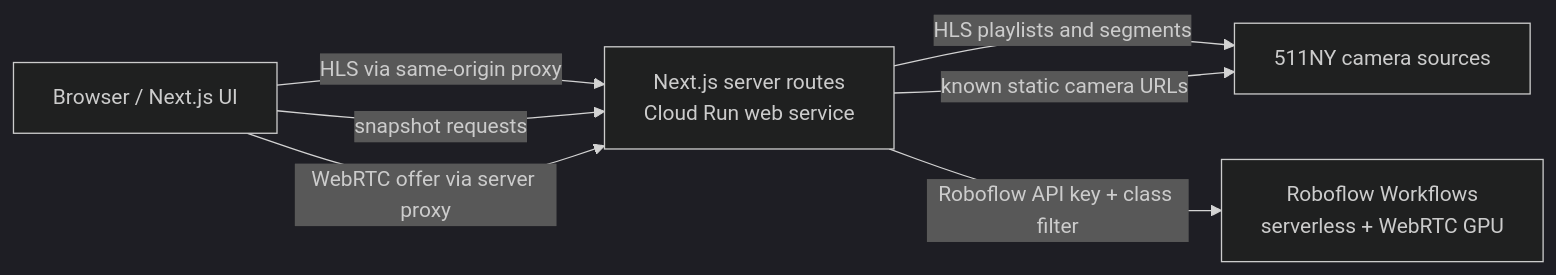
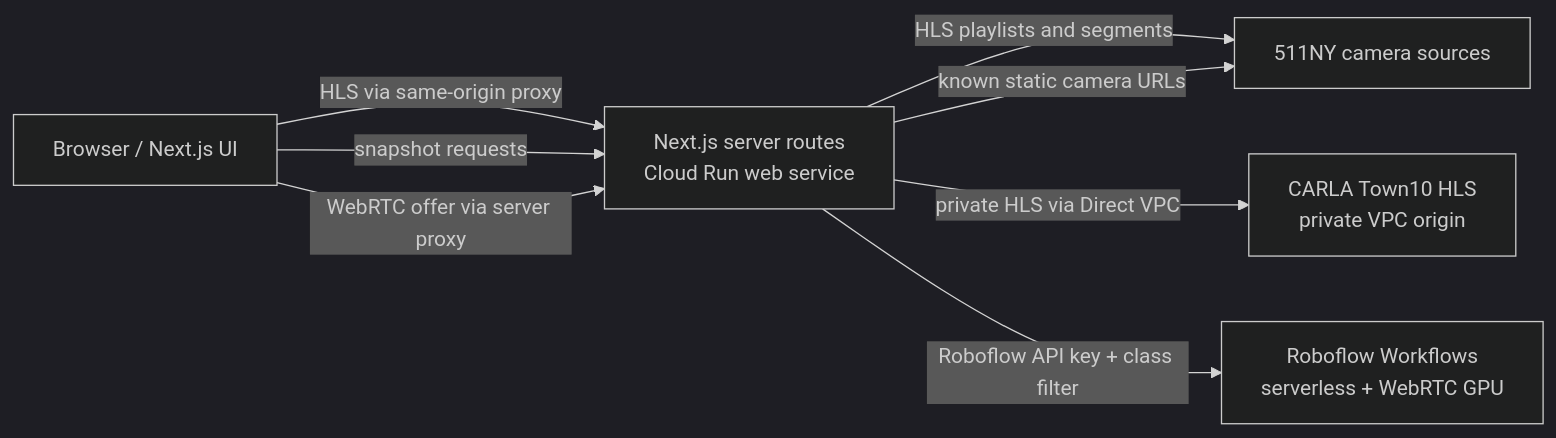
The first of 2 diagrams in docs/architecture.md (vinceallenvince/xwalk-keyboards), drawn with Mermaid (dark theme) before and after one commit. The commit also changed other lines of this file and 25 other files, not shown here.

````diff
--- a/docs/architecture.md
+++ b/docs/architecture.md
@@ -73,14 +74,16 @@
 ```mermaid
 flowchart LR
   Browser["Browser / Next.js UI"]
   App["Next.js server routes\nCloud Run web service"]
   NY["511NY camera sources"]
+  CARLA["CARLA Town10 HLS\nprivate VPC origin"]
   RF["Roboflow Workflows\nserverless + WebRTC GPU"]
 
   Browser -->|"HLS via same-origin proxy"| App
   App -->|"HLS playlists and segments"| NY
+  App -->|"private HLS via Direct VPC"| CARLA
   Browser -->|"snapshot requests"| App
   App -->|"known static camera URLs"| NY
   Browser -->|"WebRTC offer via server proxy"| App
   App -->|"Roboflow API key + class filter"| RF
 ```
````
